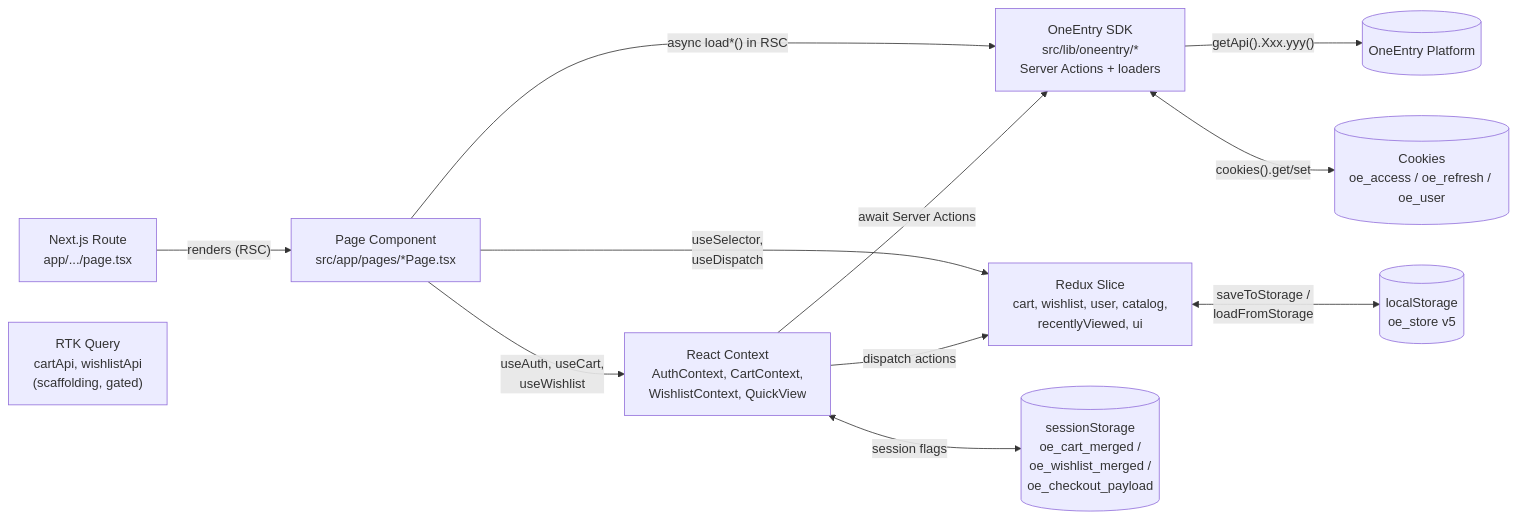
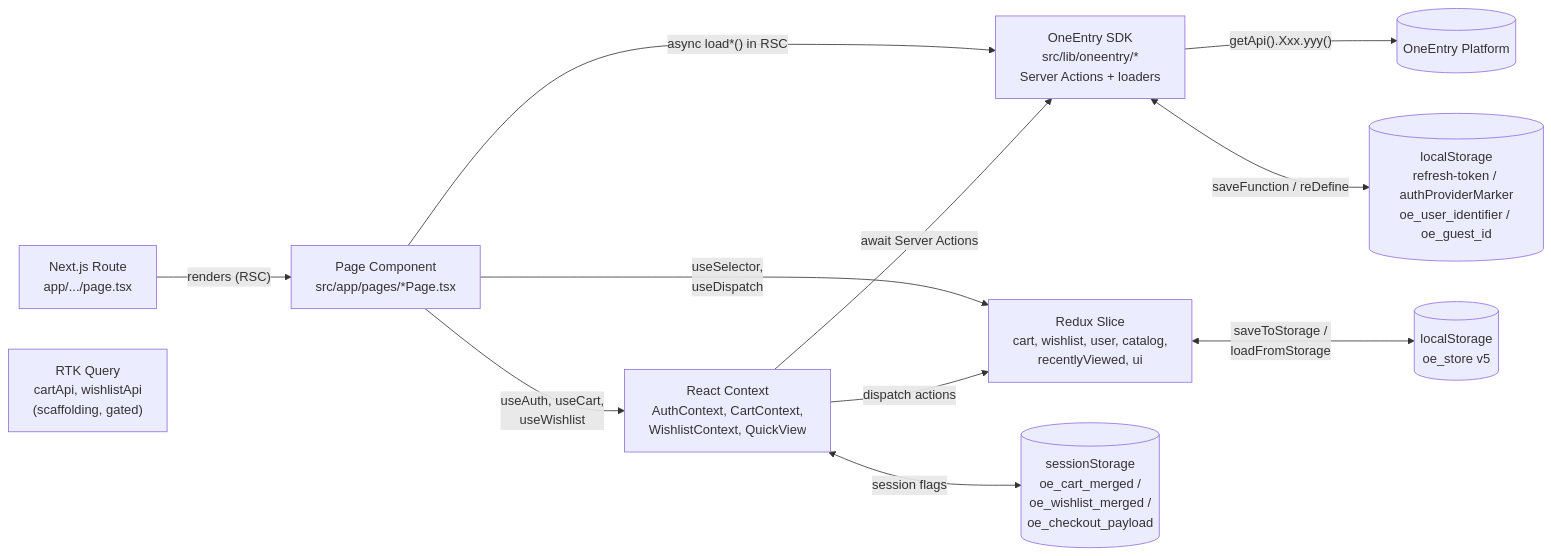
One commit to ONEENTRY-PLATFORM/nextjs-fashion-store changed the diagram in docs/ARCHITECTURE.md. Above: the diagram before and after it, drawn with Mermaid. The commit also changed other lines of this file and 138 other files, not shown here.

````diff
--- a/docs/ARCHITECTURE.md
+++ b/docs/ARCHITECTURE.md
@@ -148,24 +148,24 @@
 ```mermaid
 flowchart LR
     Route["Next.js Route<br/>app/.../page.tsx"]
     Page["Page Component<br/>src/app/pages/*Page.tsx"]
     Ctx["React Context<br/>AuthContext, CartContext,<br/>WishlistContext, QuickView"]
     Slice["Redux Slice<br/>cart, wishlist, user, catalog,<br/>recentlyViewed, ui"]
     RTKQ["RTK Query<br/>cartApi, wishlistApi<br/>(scaffolding, gated)"]
     SDK["OneEntry SDK<br/>src/lib/oneentry/*<br/>Server Actions + loaders"]
     OE[("OneEntry Platform")]
     LS[("localStorage<br/>oe_store v5")]
     SS[("sessionStorage<br/>oe_cart_merged /<br/>oe_wishlist_merged /<br/>oe_checkout_payload")]
-    Cookies[("Cookies<br/>oe_access / oe_refresh / oe_user")]
+    Storage[("localStorage<br/>refresh-token / authProviderMarker<br/>oe_user_identifier / oe_guest_id")]
 
     Route -->|"renders (RSC)"| Page
     Page -->|"async load*() in RSC"| SDK
     Page -->|"useAuth, useCart,<br/>useWishlist"| Ctx
     Page -->|"useSelector,<br/>useDispatch"| Slice
     Ctx -->|"dispatch actions"| Slice
     Ctx -->|"await Server Actions"| SDK
     SDK -->|"getApi().Xxx.yyy()"| OE
-    SDK <-->|"cookies().get/set"| Cookies
+    SDK <-->|"saveFunction / reDefine"| Storage
     Slice <-->|"saveToStorage /<br/>loadFromStorage"| LS
     Ctx <-->|"session flags"| SS
 ```
````
